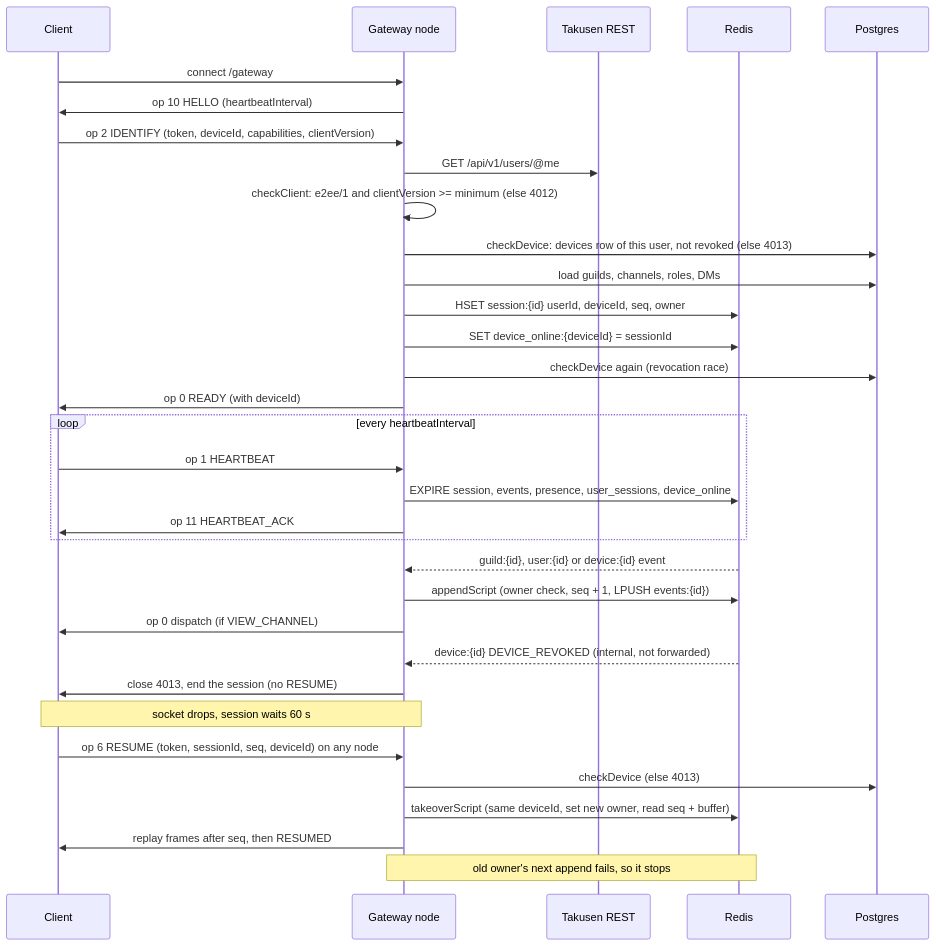
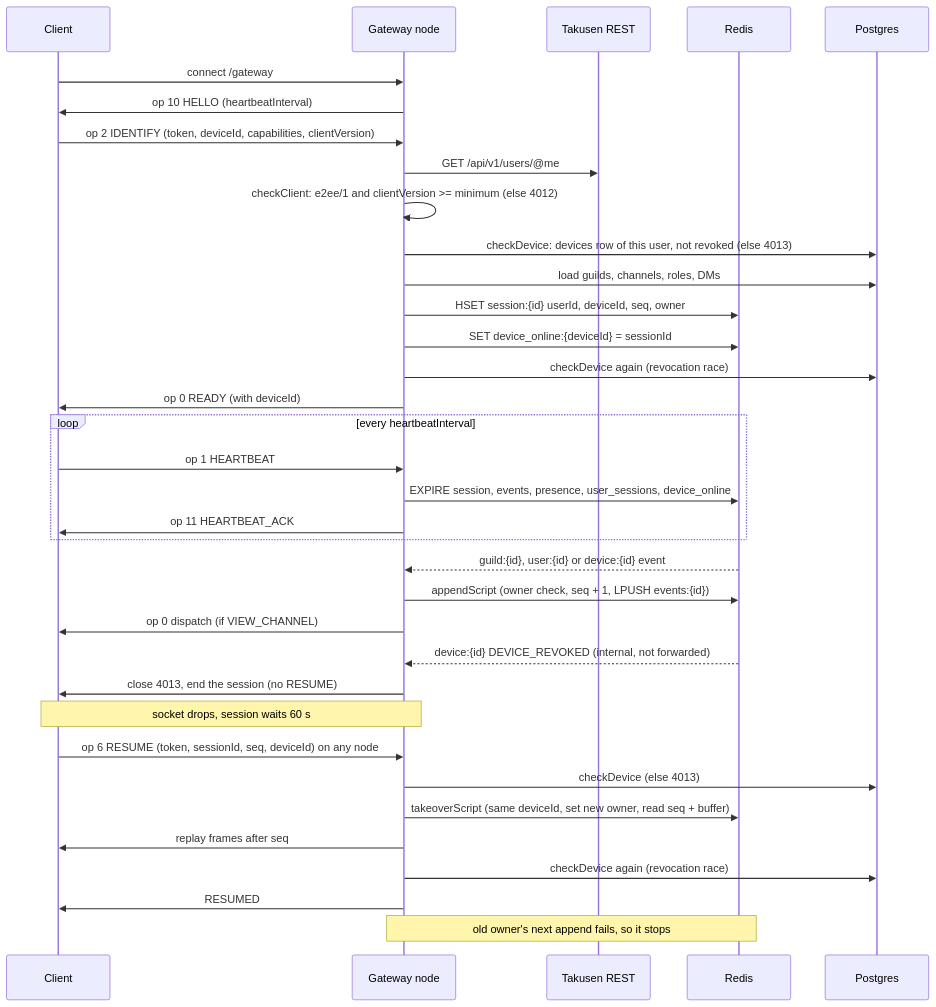
The third of 5 diagrams in apps/hachiman-server/README.md (dan-hummelstad/hachiman), drawn with Mermaid before and after one commit. The commit also changed other lines of this file and 145 other files, not shown here.

````diff
--- a/apps/hachiman-server/README.md
+++ b/apps/hachiman-server/README.md
@@ -125,36 +125,38 @@
 ```mermaid
 sequenceDiagram
   participant C as Client
   participant G as Gateway node
   participant T as Takusen REST
   participant R as Redis
   participant P as Postgres
 
   C->>G: connect /gateway
   G->>C: op 10 HELLO (heartbeatInterval)
   C->>G: op 2 IDENTIFY (token, deviceId, capabilities, clientVersion)
   G->>T: GET /api/v1/users/@me
   G->>G: checkClient: e2ee/1 and clientVersion >= minimum (else 4012)
   G->>P: checkDevice: devices row of this user, not revoked (else 4013)
   G->>P: load guilds, channels, roles, DMs
   G->>R: HSET session:{id} userId, deviceId, seq, owner
   G->>R: SET device_online:{deviceId} = sessionId
   G->>P: checkDevice again (revocation race)
   G->>C: op 0 READY (with deviceId)
   loop every heartbeatInterval
     C->>G: op 1 HEARTBEAT
     G->>R: EXPIRE session, events, presence, user_sessions, device_online
     G->>C: op 11 HEARTBEAT_ACK
   end
   R-->>G: guild:{id}, user:{id} or device:{id} event
   G->>R: appendScript (owner check, seq + 1, LPUSH events:{id})
   G->>C: op 0 dispatch (if VIEW_CHANNEL)
   R-->>G: device:{id} DEVICE_REVOKED (internal, not forwarded)
   G->>C: close 4013, end the session (no RESUME)
   Note over C,G: socket drops, session waits 60 s
   C->>G: op 6 RESUME (token, sessionId, seq, deviceId) on any node
   G->>P: checkDevice (else 4013)
   G->>R: takeoverScript (same deviceId, set new owner, read seq + buffer)
-  G->>C: replay frames after seq, then RESUMED
+  G->>C: replay frames after seq
+  G->>P: checkDevice again (revocation race)
+  G->>C: RESUMED
   Note over G,R: old owner's next append fails, so it stops
 ```
````
